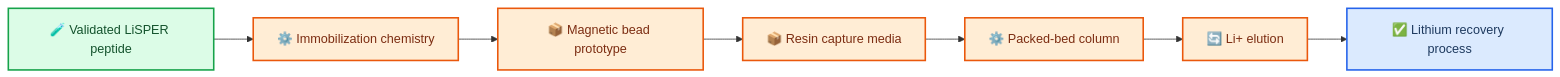
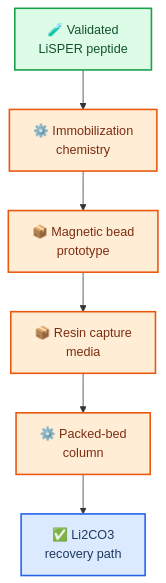
One commit to jackyissocute/LiSPER changed the fourth of 5 diagrams in README.md. Above: the diagram before and after it, drawn with Mermaid. The commit also changed other lines of this file and 64 other files, not shown here.

````diff
--- a/README.md
+++ b/README.md
@@ -191,20 +221,26 @@
 ```mermaid
-flowchart LR
+flowchart TD
     accTitle: Bio-DLE Translation Path
-    accDescr: The industrial translation path starts with validated LiSPER peptides and moves toward immobilized formats, column operation, lithium elution, and lithium recovery.
+    accDescr: The industrial translation path converts validated LiSPER peptides into immobilized capture media for column operation and lithium recovery.
 
-    peptide[🧪 Validated LiSPER peptide] --> immobilization[⚙️ Immobilization chemistry]
-    immobilization --> beads[📦 Magnetic bead prototype]
-    beads --> resin[📦 Resin capture media]
-    resin --> column[⚙️ Packed-bed column]
-    column --> elution[🔄 Li+ elution]
-    elution --> recovery[✅ Lithium recovery process]
+    peptide["🧪 Validated<br/>LiSPER peptide"]
+    immobilization["⚙️ Immobilization<br/>chemistry"]
+    beads["📦 Magnetic bead<br/>prototype"]
+    resin["📦 Resin capture<br/>media"]
+    column["⚙️ Packed-bed<br/>column"]
+    recovery["✅ Li2CO3<br/>recovery path"]
+
+    peptide --> immobilization
+    immobilization --> beads
+    beads --> resin
+    resin --> column
+    column --> recovery
 
     classDef experimental fill:#dcfce7,stroke:#16a34a,stroke-width:2px,color:#14532d
     classDef industrial fill:#ffedd5,stroke:#ea580c,stroke-width:2px,color:#7c2d12
     classDef result fill:#dbeafe,stroke:#2563eb,stroke-width:2px,color:#1e3a5f
 
     class peptide experimental
-    class immobilization,beads,resin,column,elution industrial
+    class immobilization,beads,resin,column industrial
     class recovery result
 ```
````
